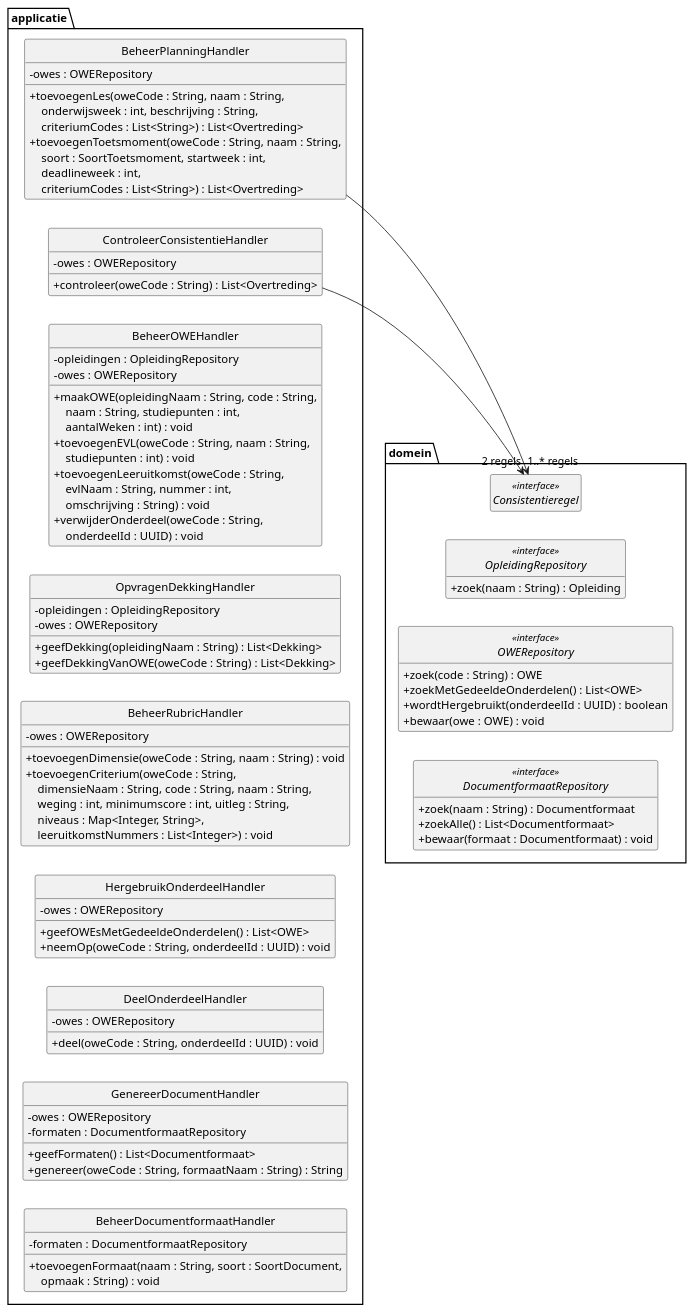
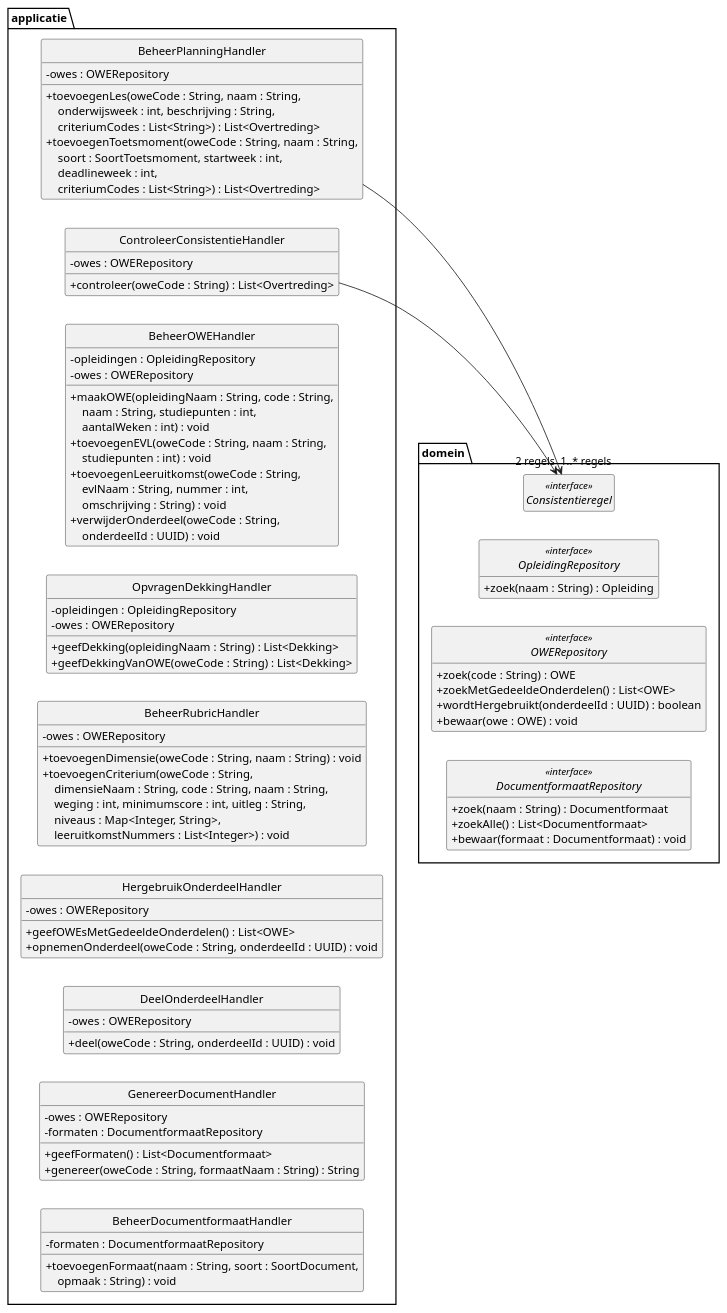
Before and after one commit to HAN-Craftsmanship-KL-JJG/casus: the diagram in docs/diagrams/klassendiagram-handlers.puml, drawn with PlantUML. The commit also changed 4 other files, not shown here.

```diff
--- a/docs/diagrams/klassendiagram-handlers.puml
+++ b/docs/diagrams/klassendiagram-handlers.puml
@@ -1,112 +1,112 @@
 @startuml klassendiagram-handlers
 ' Design class diagram van ICDE: use case controllers en repositories.
 ' Toelichting: docs/klassendiagram.md
 ' De domeinklassen staan volledig in klassendiagram-domein.puml.
 ' Verwijzingen naar repositories staan als attribuut, niet als lijn (Larman 7.4).
 skinparam style strictuml
 skinparam shadowing false
 skinparam defaultFontName Helvetica
 skinparam classAttributeIconSize 0
 hide empty members
 left to right direction
 
 package applicatie {
   class BeheerOWEHandler {
     - opleidingen : OpleidingRepository
     - owes : OWERepository
     + maakOWE(opleidingNaam : String, code : String,\n    \
 naam : String, studiepunten : int,\n    \
 aantalWeken : int) : void
     + toevoegenEVL(oweCode : String, naam : String,\n    \
 studiepunten : int) : void
     + toevoegenLeeruitkomst(oweCode : String,\n    \
 evlNaam : String, nummer : int,\n    \
 omschrijving : String) : void
     + verwijderOnderdeel(oweCode : String,\n    \
 onderdeelId : UUID) : void
   }
   class BeheerRubricHandler {
     - owes : OWERepository
     + toevoegenDimensie(oweCode : String, naam : String) : void
     + toevoegenCriterium(oweCode : String,\n    \
 dimensieNaam : String, code : String, naam : String,\n    \
 weging : int, minimumscore : int, uitleg : String,\n    \
 niveaus : Map<Integer, String>,\n    \
 leeruitkomstNummers : List<Integer>) : void
   }
   class BeheerPlanningHandler {
     - owes : OWERepository
     + toevoegenLes(oweCode : String, naam : String,\n    \
 onderwijsweek : int, beschrijving : String,\n    \
 criteriumCodes : List<String>) : List<Overtreding>
     + toevoegenToetsmoment(oweCode : String, naam : String,\n    \
 soort : SoortToetsmoment, startweek : int,\n    \
 deadlineweek : int,\n    \
 criteriumCodes : List<String>) : List<Overtreding>
   }
   class ControleerConsistentieHandler {
     - owes : OWERepository
     + controleer(oweCode : String) : List<Overtreding>
   }
   class GenereerDocumentHandler {
     - owes : OWERepository
     - formaten : DocumentformaatRepository
     + geefFormaten() : List<Documentformaat>
     + genereer(oweCode : String, formaatNaam : String) : String
   }
   class HergebruikOnderdeelHandler {
     - owes : OWERepository
     + geefOWEsMetGedeeldeOnderdelen() : List<OWE>
-    + neemOp(oweCode : String, onderdeelId : UUID) : void
+    + opnemenOnderdeel(oweCode : String, onderdeelId : UUID) : void
   }
   class OpvragenDekkingHandler {
     - opleidingen : OpleidingRepository
     - owes : OWERepository
     + geefDekking(opleidingNaam : String) : List<Dekking>
     + geefDekkingVanOWE(oweCode : String) : List<Dekking>
   }
   class DeelOnderdeelHandler {
     - owes : OWERepository
     + deel(oweCode : String, onderdeelId : UUID) : void
   }
   class BeheerDocumentformaatHandler {
     - formaten : DocumentformaatRepository
     + toevoegenFormaat(naam : String, soort : SoortDocument,\n    \
 opmaak : String) : void
   }
 }
 
 package domein {
   interface OWERepository <<interface>> {
     + zoek(code : String) : OWE
     + zoekMetGedeeldeOnderdelen() : List<OWE>
     + wordtHergebruikt(onderdeelId : UUID) : boolean
     + bewaar(owe : OWE) : void
   }
   interface OpleidingRepository <<interface>> {
     + zoek(naam : String) : Opleiding
   }
   interface DocumentformaatRepository <<interface>> {
     + zoek(naam : String) : Documentformaat
     + zoekAlle() : List<Documentformaat>
     + bewaar(formaat : Documentformaat) : void
   }
   interface Consistentieregel <<interface>>
 }
 
 BeheerPlanningHandler --> "2 regels" Consistentieregel
 ControleerConsistentieHandler --> "1..* regels" Consistentieregel
 ' Onzichtbare lijnen zetten elke handler naast zijn repositories.
 BeheerOWEHandler -[hidden]-> OpleidingRepository
 BeheerOWEHandler -[hidden]-> OWERepository
 BeheerRubricHandler -[hidden]-> OWERepository
 BeheerPlanningHandler -[hidden]-> OWERepository
 ControleerConsistentieHandler -[hidden]-> OWERepository
 GenereerDocumentHandler -[hidden]-> OWERepository
 GenereerDocumentHandler -[hidden]-> DocumentformaatRepository
 HergebruikOnderdeelHandler -[hidden]-> OWERepository
 OpvragenDekkingHandler -[hidden]-> OpleidingRepository
 OpvragenDekkingHandler -[hidden]-> OWERepository
 DeelOnderdeelHandler -[hidden]-> OWERepository
 BeheerDocumentformaatHandler -[hidden]-> DocumentformaatRepository
 @enduml
```
